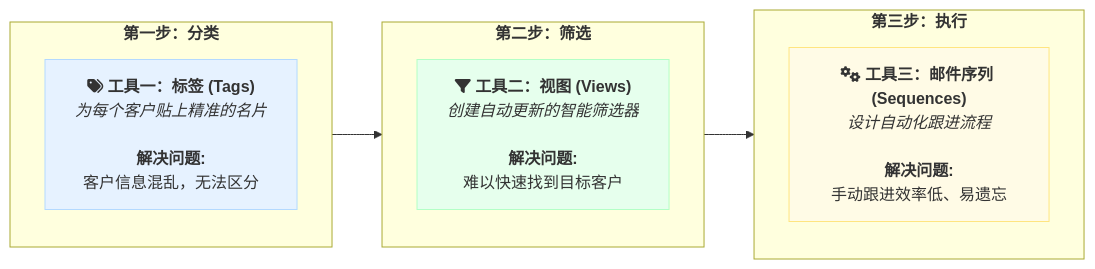
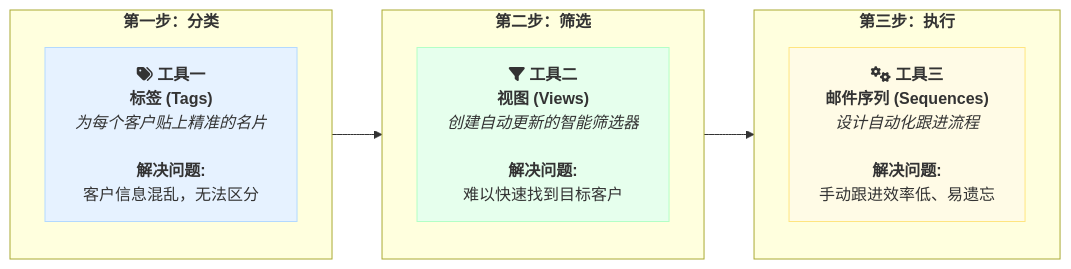
One commit to suxuemi/laifaxin changed the second of 10 diagrams in docs/zhinan/customer-management-section.md. Above: the diagram before and after it, drawn with Mermaid. The commit also changed other lines of this file and 1 other file, not shown here.

````diff
--- a/docs/zhinan/customer-management-section.md
+++ b/docs/zhinan/customer-management-section.md
@@ -80,20 +83,20 @@
 ```mermaid
 graph LR
     subgraph T [<b>第一步：分类</b>]
-        Tags["fa:fa-tags <b>工具一：标签 (Tags)</b><br><i>为每个客户贴上精准的名片</i><br><br><b>解决问题:</b><br>客户信息混乱，无法区分"]
+        Tags["fa:fa-tags <b>工具一<br>标签 (Tags)</b><br><i>为每个客户贴上精准的名片</i><br><br><b>解决问题:</b><br>客户信息混乱，无法区分"]
     end
 
     subgraph V [<b>第二步：筛选</b>]
-        Views["fa:fa-filter <b>工具二：视图 (Views)</b><br><i>创建自动更新的智能筛选器</i><br><br><b>解决问题:</b><br>难以快速找到目标客户"]
+        Views["fa:fa-filter <b>工具二<br>视图 (Views)</b><br><i>创建自动更新的智能筛选器</i><br><br><b>解决问题:</b><br>难以快速找到目标客户"]
     end
 
     subgraph S [<b>第三步：执行</b>]
-        Sequences["fa:fa-cogs <b>工具三：邮件序列 (Sequences)</b><br><i>设计自动化跟进流程</i><br><br><b>解决问题:</b><br>手动跟进效率低、易遗忘"]
+        Sequences["fa:fa-cogs <b>工具三<br>邮件序列 (Sequences)</b><br><i>设计自动化跟进流程</i><br><br><b>解决问题:</b><br>手动跟进效率低、易遗忘"]
     end
 
     T --> V --> S
 
     style Tags fill:#e6f2ff,stroke:#b3d9ff
     style Views fill:#e6ffed,stroke:#b3ffc6
     style Sequences fill:#fffbe6,stroke:#ffe580
 ```
````
